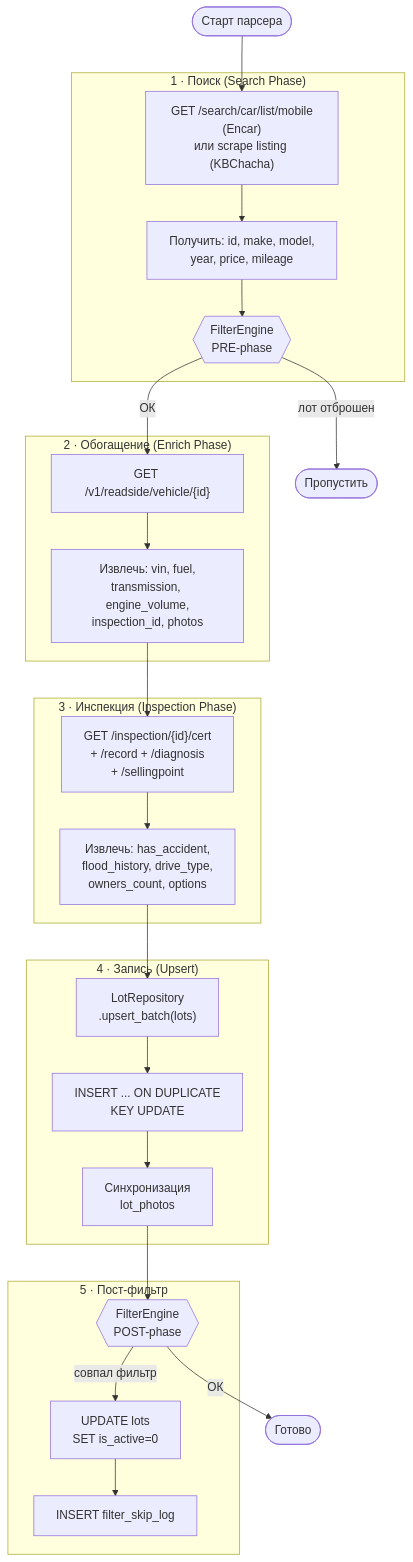
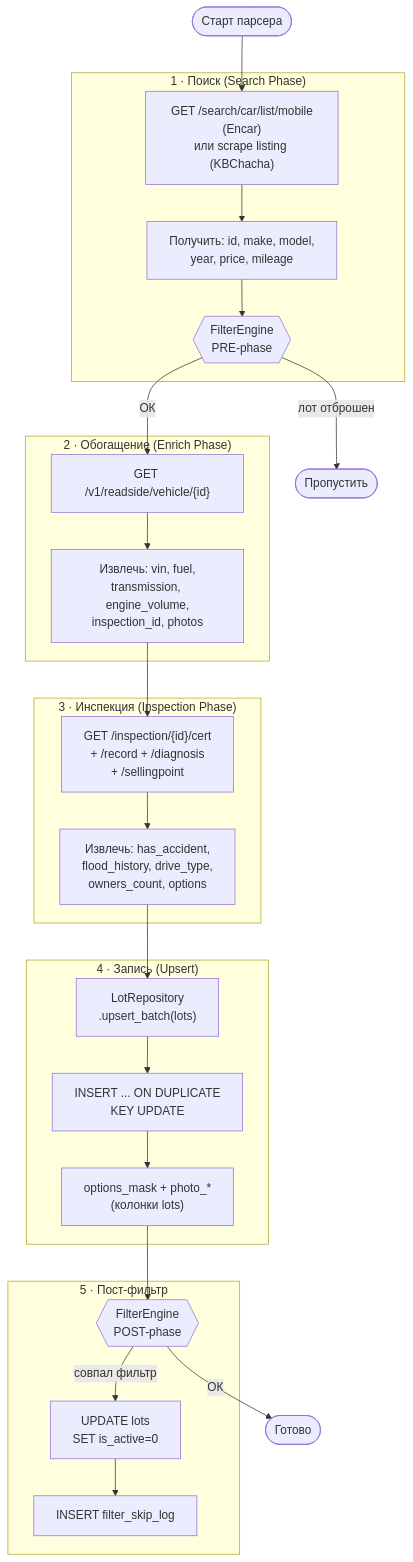
Before and after one commit to ArtyomKoshel/carbotacrchi: the diagram in docs/04-parser.md, drawn with Mermaid. The commit also changed other lines of this file and 19 other files, not shown here.

First line of the commit message:
perf(db): options bitmask and photo URL template on lots

````diff
--- a/docs/04-parser.md
+++ b/docs/04-parser.md
@@ -22,38 +22,38 @@
 ```mermaid
 flowchart TD
     START(["Старт парсера"])
 
     subgraph SEARCH["1 · Поиск (Search Phase)"]
         S1["GET /search/car/list/mobile\n(Encar)\nили scrape listing (KBChacha)"]
         S2["Получить: id, make, model,\nyear, price, mileage"]
         S3{{"FilterEngine\nPRE-phase"}}
     end
 
     subgraph ENRICH["2 · Обогащение (Enrich Phase)"]
         E1["GET /v1/readside/vehicle/{id}"]
         E2["Извлечь: vin, fuel,\ntransmission, engine_volume,\ninspection_id, photos"]
     end
 
     subgraph INSPECT["3 · Инспекция (Inspection Phase)"]
         I1["GET /inspection/{id}/cert\n+ /record + /diagnosis\n+ /sellingpoint"]
         I2["Извлечь: has_accident,\nflood_history, drive_type,\nowners_count, options"]
     end
 
     subgraph WRITE["4 · Запись (Upsert)"]
         W1["LotRepository\n.upsert_batch(lots)"]
         W2["INSERT ... ON DUPLICATE\nKEY UPDATE"]
-        W3["Синхронизация\nlot_photos"]
+        W3["options_mask + photo_*\n(колонки lots)"]
     end
 
     subgraph POST["5 · Пост-фильтр"]
         P1{{"FilterEngine\nPOST-phase"}}
         P2["UPDATE lots\nSET is_active=0"]
         P3["INSERT filter_skip_log"]
     end
 
     START --> S1 --> S2 --> S3
     S3 -->|"лот отброшен"| SKIP1(["Пропустить"])
     S3 -->|"ОК"| E1 --> E2 --> I1 --> I2 --> W1 --> W2 --> W3 --> P1
     P1 -->|"совпал фильтр"| P2 --> P3
     P1 -->|"ОК"| DONE(["Готово"])
 ```
````
